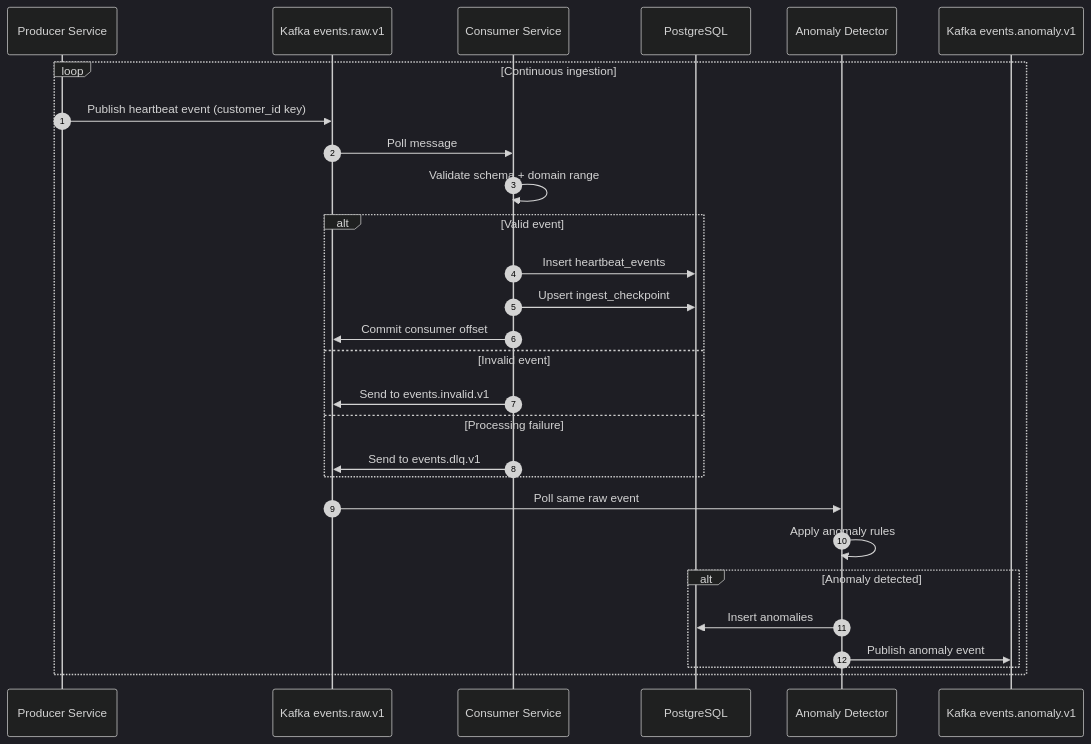
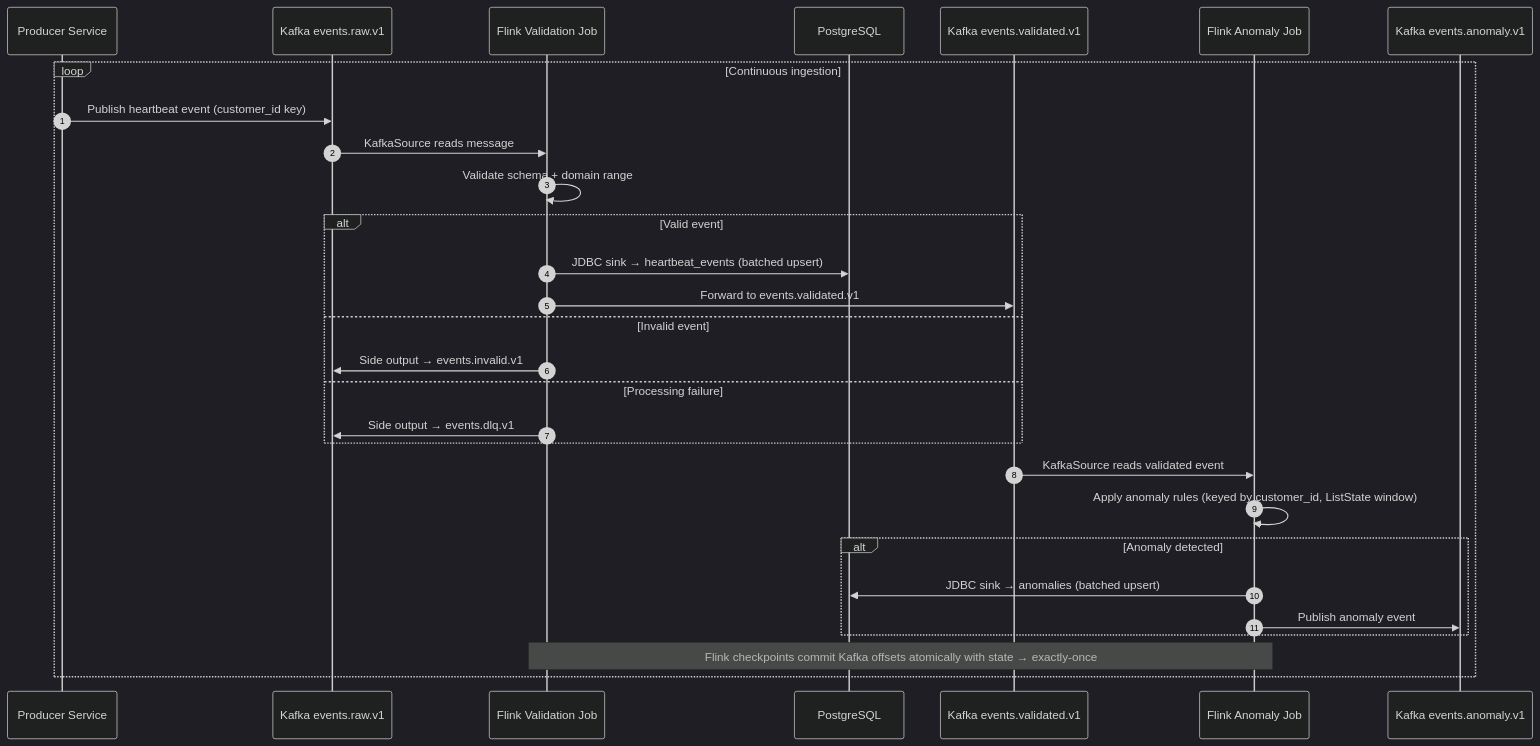
One commit to DE-E-K/DEM10 changed the second of 2 diagrams in docs/architecture/architecture-overview.md. Above: the diagram before and after it, drawn with Mermaid (dark theme). The commit also changed other lines of this file and 6 other files, not shown here.

First line of the commit message:
docs+monitoring: update architecture, dashboard, and README for Flink

````diff
--- a/docs/architecture/architecture-overview.md
+++ b/docs/architecture/architecture-overview.md
@@ -68,32 +71,33 @@
 ```mermaid
 sequenceDiagram
   autonumber
   participant Producer as Producer Service
   participant RawTopic as Kafka events.raw.v1
-  participant Consumer as Consumer Service
+  participant FlinkVal as Flink Validation Job
   participant DB as PostgreSQL
-  participant Detector as Anomaly Detector
+  participant ValidTopic as Kafka events.validated.v1
+  participant FlinkAnom as Flink Anomaly Job
   participant AnomalyTopic as Kafka events.anomaly.v1
 
   loop Continuous ingestion
     Producer->>RawTopic: Publish heartbeat event (customer_id key)
-    RawTopic->>Consumer: Poll message
-    Consumer->>Consumer: Validate schema + domain range
+    RawTopic->>FlinkVal: KafkaSource reads message
+    FlinkVal->>FlinkVal: Validate schema + domain range
     alt Valid event
-      Consumer->>DB: Insert heartbeat_events
-      Consumer->>DB: Upsert ingest_checkpoint
-      Consumer->>RawTopic: Commit consumer offset
+      FlinkVal->>DB: JDBC sink → heartbeat_events (batched upsert)
+      FlinkVal->>ValidTopic: Forward to events.validated.v1
     else Invalid event
-      Consumer->>RawTopic: Send to events.invalid.v1
+      FlinkVal->>RawTopic: Side output → events.invalid.v1
     else Processing failure
-      Consumer->>RawTopic: Send to events.dlq.v1
+      FlinkVal->>RawTopic: Side output → events.dlq.v1
     end
 
-    RawTopic->>Detector: Poll same raw event
-    Detector->>Detector: Apply anomaly rules
+    ValidTopic->>FlinkAnom: KafkaSource reads validated event
+    FlinkAnom->>FlinkAnom: Apply anomaly rules (keyed by customer_id, ListState window)
     alt Anomaly detected
-      Detector->>DB: Insert anomalies
-      Detector->>AnomalyTopic: Publish anomaly event
+      FlinkAnom->>DB: JDBC sink → anomalies (batched upsert)
+      FlinkAnom->>AnomalyTopic: Publish anomaly event
     end
+    Note over FlinkVal,FlinkAnom: Flink checkpoints commit Kafka offsets atomically with state → exactly-once
   end
 ```
````
